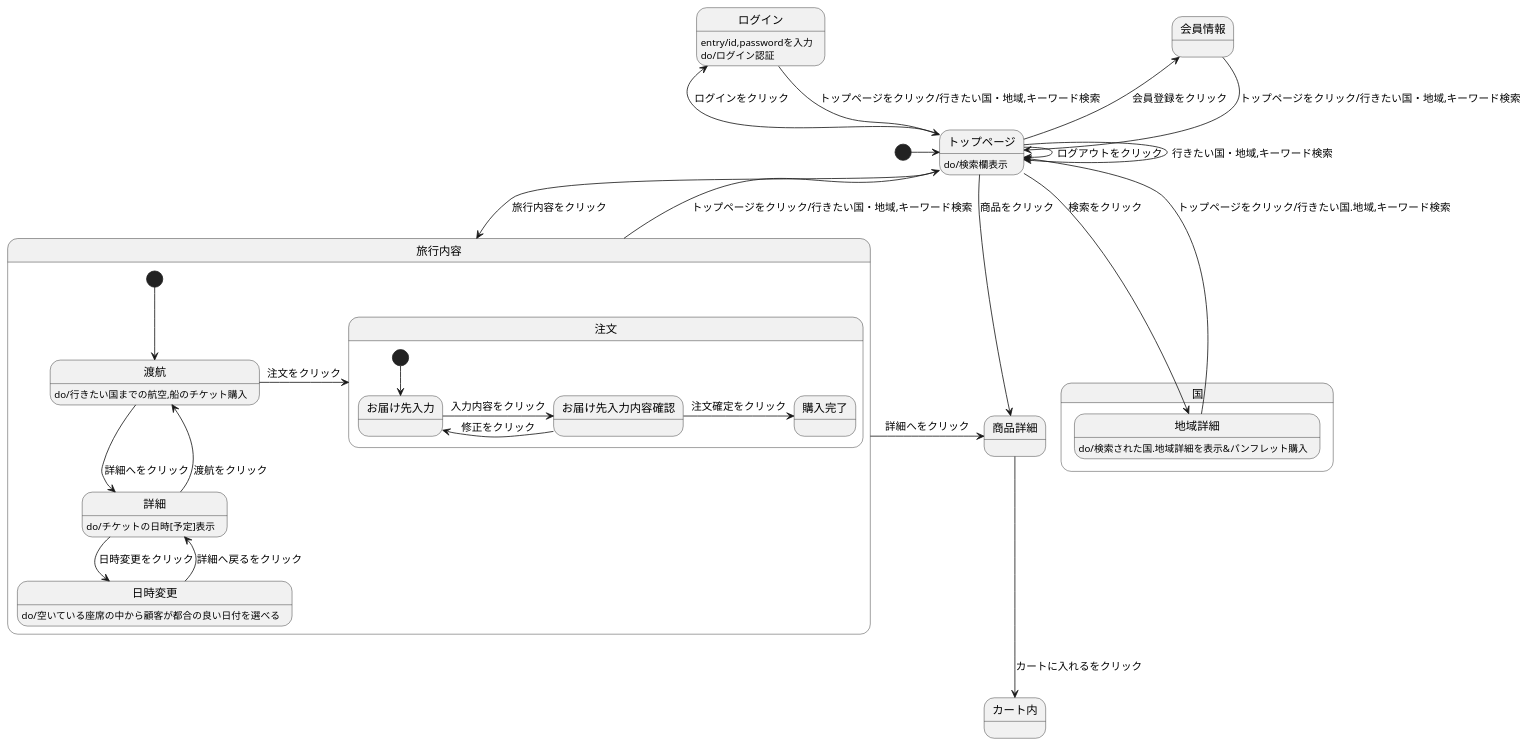
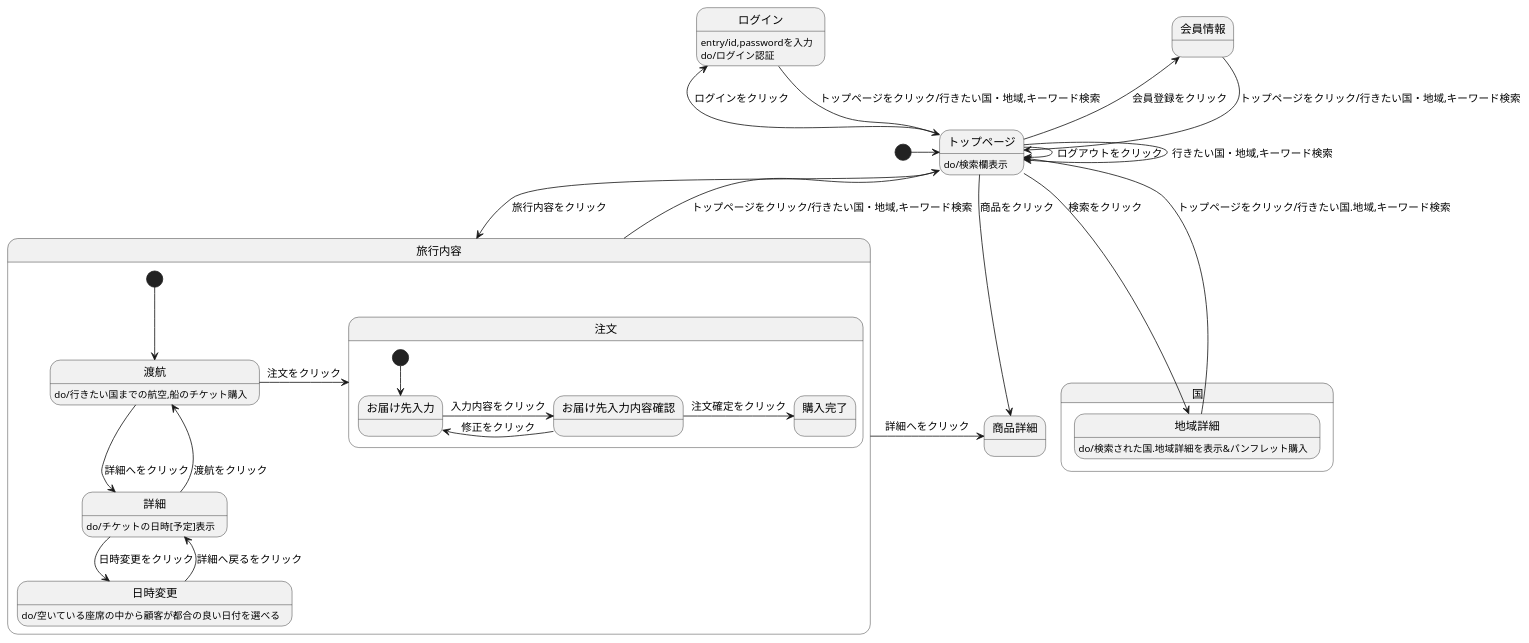
Before and after one commit to Aso2001195/2021sys-design: the diagram in kadai8.md, drawn with PlantUML.

````diff
--- a/kadai8.md
+++ b/kadai8.md
@@ -1,40 +1,39 @@
 ```uml
 @startuml
 [*] -> トップページ
 会員情報 --> トップページ :トップページをクリック/行きたい国・地域,キーワード検索
 ログイン --> トップページ :トップページをクリック/行きたい国・地域,キーワード検索
 ログイン :entry/id,passwordを入力
 ログイン :do/ログイン認証
 トップページ -> トップページ :ログアウトをクリック
 トップページ -> トップページ :行きたい国・地域,キーワード検索
 国.地域詳細 -->トップページ :トップページをクリック/行きたい国.地域,キーワード検索
 国.地域詳細 :do/検索された国.地域詳細を表示&パンフレット購入
 トップページ --> 国.地域詳細 :検索をクリック
 トップページ -> 商品詳細 :商品をクリック
 トップページ -left-> 会員情報 :会員登録をクリック
 トップページ -left-> ログイン :ログインをクリック
 トップページ -> 旅行内容 :旅行内容をクリック
 トップページ : do/検索欄表示
-商品詳細 --> カート内 :カートに入れるをクリック
 旅行内容 -up-> トップページ :トップページをクリック/行きたい国・地域,キーワード検索
 旅行内容 ->商品詳細 :詳細へをクリック
 
 state 旅行内容{
 [*] --> 渡航
 渡航 -> 注文 :注文をクリック
 渡航 :do/行きたい国までの航空,船のチケット購入
 渡航 -> 詳細 :詳細へをクリック
 詳細 :do/チケットの日時[予定]表示
 詳細--> 日時変更 :日時変更をクリック
 日時変更 :do/空いている座席の中から顧客が都合の良い日付を選べる
 日時変更 --> 詳細 :詳細へ戻るをクリック
 詳細--> 渡航 :渡航をクリック
 state 注文{
  [*] --> お届け先入力
  お届け先入力 -> お届け先入力内容確認 :入力内容をクリック
  お届け先入力内容確認 -> お届け先入力 :修正をクリック
  お届け先入力内容確認 -> 購入完了 :注文確定をクリック
  }
 }
 @enduml
 ```
````
